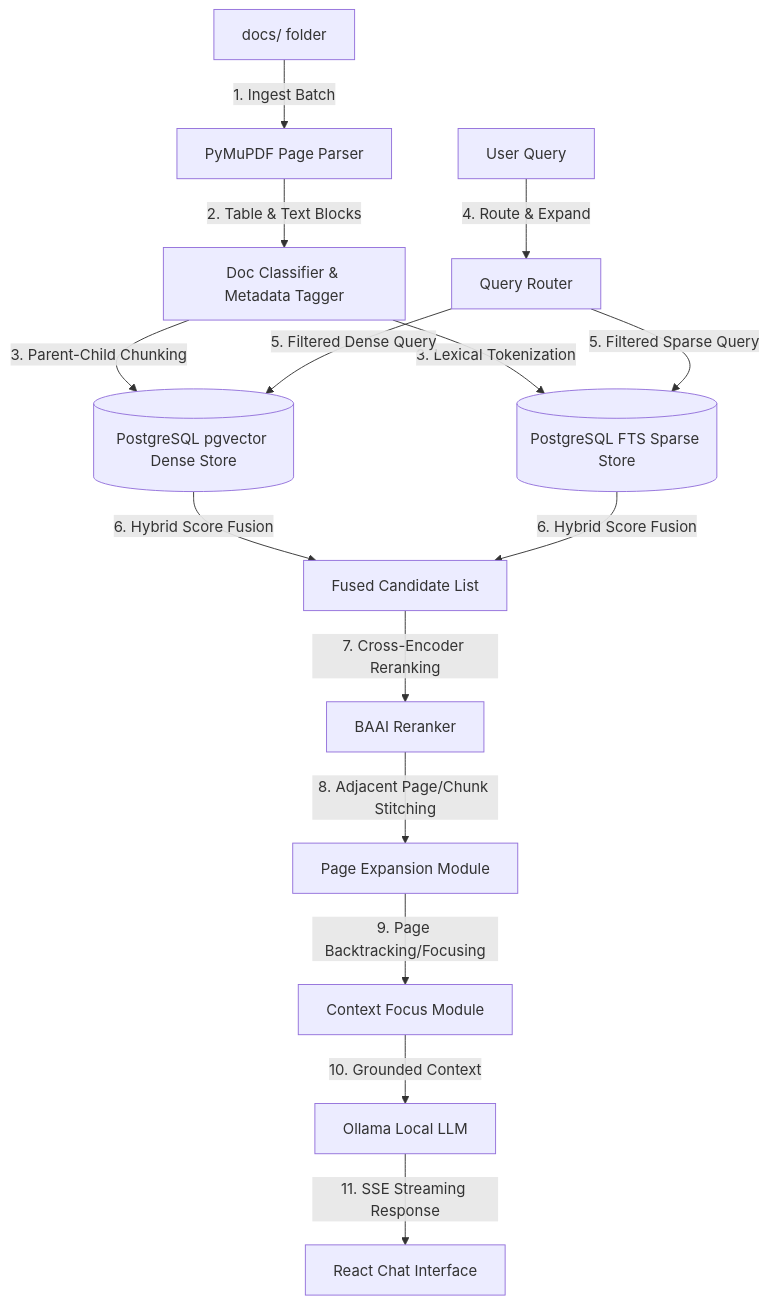
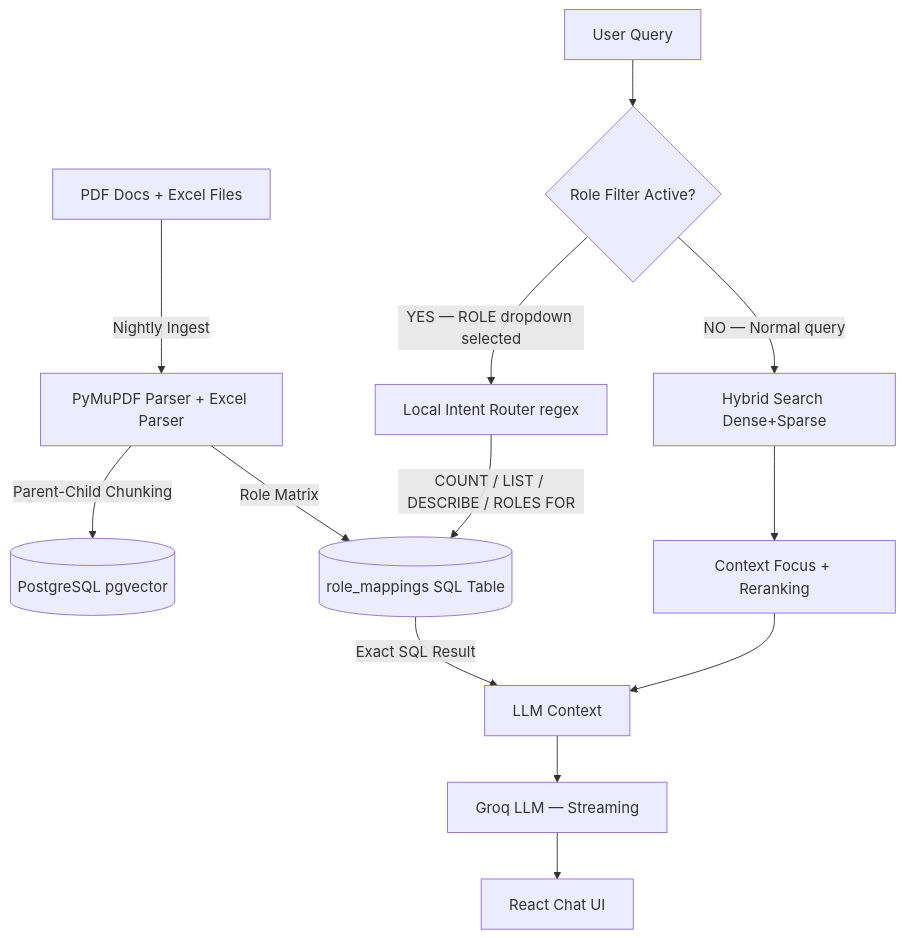
One commit to Lohithaswin/ai-layer changed the diagram in README.md. Above: the diagram before and after it, drawn with Mermaid. The commit also changed other lines of this file and 12 other files, not shown here.

````diff
--- a/README.md
+++ b/README.md
@@ -25,17 +19,16 @@
 ```mermaid
 graph TD
-    A[docs/ folder] -->|1. Ingest Batch| B[PyMuPDF Page Parser]
-    B -->|2. Table & Text Blocks| C[Doc Classifier & Metadata Tagger]
-    C -->|3. Parent-Child Chunking| D[(PostgreSQL pgvector Dense Store)]
-    C -->|3. Lexical Tokenization| E[(PostgreSQL FTS Sparse Store)]
-    
-    F[User Query] -->|4. Route & Expand| G[Query Router]
-    G -->|5. Filtered Dense Query| D
-    G -->|5. Filtered Sparse Query| E
-    D & E -->|6. Hybrid Score Fusion| H[Fused Candidate List]
-    H -->|7. Cross-Encoder Reranking| I[BAAI Reranker]
-    I -->|8. Adjacent Page/Chunk Stitching| J[Page Expansion Module]
-    J -->|9. Page Backtracking/Focusing| K[Context Focus Module]
-    K -->|10. Grounded Context| L[Ollama Local LLM]
-    L -->|11. SSE Streaming Response| M[React Chat Interface]
+    A[PDF Docs + Excel Files] -->|Nightly Ingest| B[PyMuPDF Parser + Excel Parser]
+    B -->|Parent-Child Chunking| C[(PostgreSQL pgvector)]
+    B -->|Role Matrix| D[(role_mappings SQL Table)]
+
+    E[User Query] --> F{Role Filter Active?}
+    F -->|YES — ROLE dropdown selected| G[Local Intent Router regex]
+    G -->|COUNT / LIST / DESCRIBE / ROLES FOR| D
+    D -->|Exact SQL Result| K[LLM Context]
+    F -->|NO — Normal query| H[Hybrid Search Dense+Sparse]
+    H --> I[Context Focus + Reranking]
+    I --> K
+    K --> L[Groq LLM — Streaming]
+    L --> M[React Chat UI]
 ```
````
